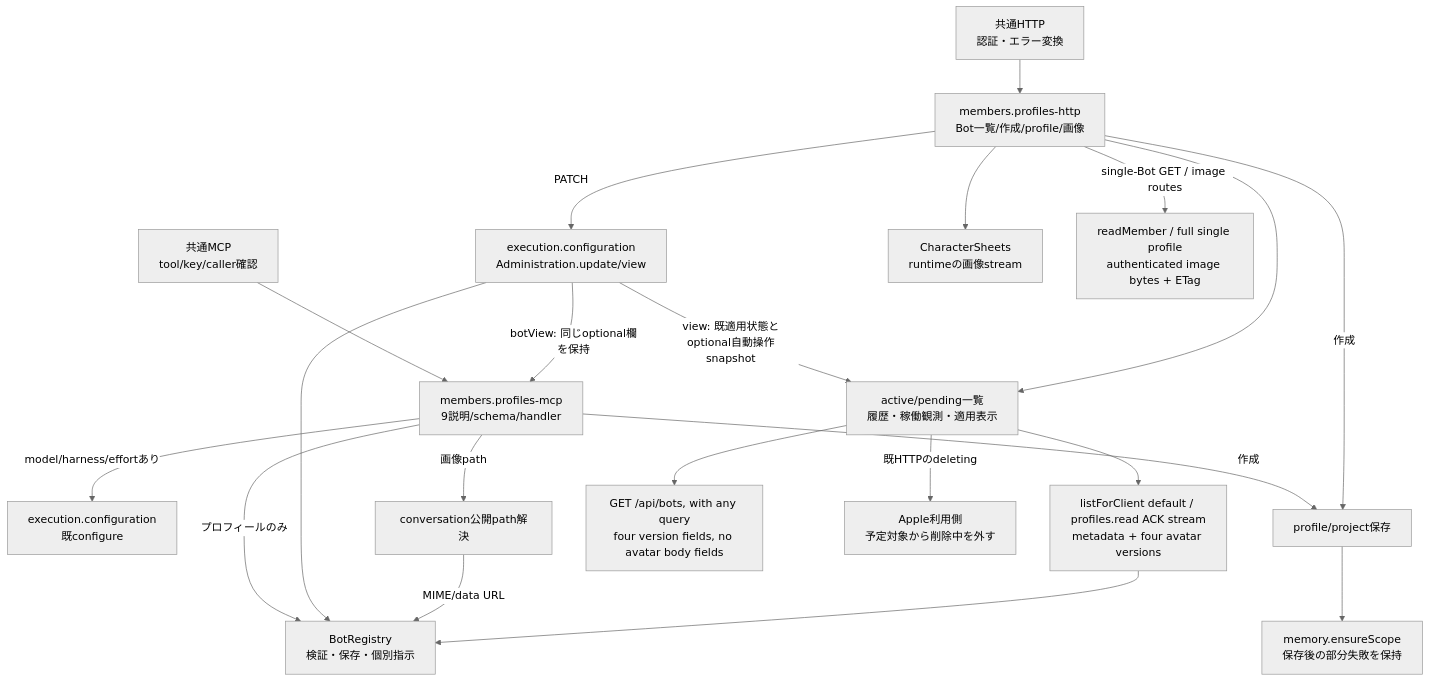
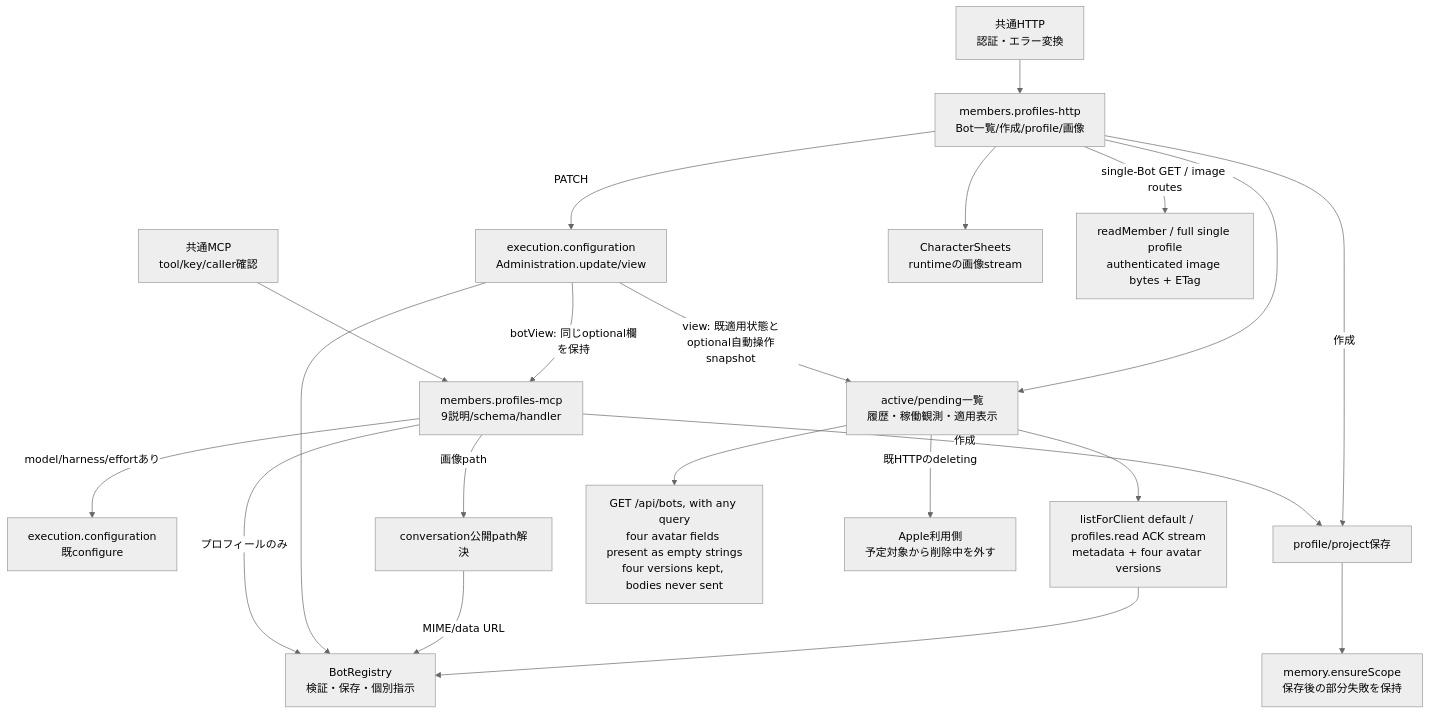
Before and after one commit to kitepon/BellTeam: the diagram in docs/architecture/modules/members/profiles.md, drawn with Mermaid (neutral theme). The commit also changed other lines of this file and 5 other files, not shown here.

Commit message:
fix(members): preserve empty avatar keys in bot lists

````diff
--- a/docs/architecture/modules/members/profiles.md
+++ b/docs/architecture/modules/members/profiles.md
@@ -5,23 +5,23 @@
 ```mermaid
 flowchart TD
   Mcp["共通MCP<br/>tool/key/caller確認"] --> Tools["members.profiles-mcp<br/>9説明/schema/handler"]
   Http["共通HTTP<br/>認証・エラー変換"] --> Profile["members.profiles-http<br/>Bot一覧/作成/profile/画像"]
   Tools -->|"プロフィールのみ"| Registry["BotRegistry<br/>検証・保存・個別指示"]
   Tools -->|"model/harness/effortあり"| Configure["execution.configuration<br/>既configure"]
   Profile -->|"PATCH"| Admin["execution.configuration<br/>Administration.update/view"]
   Admin --> Registry
   Admin -->|"view: 既適用状態とoptional自動操作snapshot"| Listing
   Admin -->|"botView: 同じoptional欄を保持"| Tools
   Tools -->|"画像path"| Image["conversation公開path解決"]
   Image -->|"MIME/data URL"| Registry
   Tools -->|"作成"| Create["profile/project保存"]
   Profile -->|"作成"| Create
   Create --> Memory["memory.ensureScope<br/>保存後の部分失敗を保持"]
   Profile --> Sheet["CharacterSheets<br/>runtimeの画像stream"]
   Listing --> Snapshot["listForClient default / profiles.read ACK stream<br/>metadata + four avatar versions"]
   Snapshot --> Registry
   Profile --> Listing["active/pending一覧<br/>履歴・稼働観測・適用表示"]
-  Listing --> Wire["GET /api/bots, with any query<br/>four version fields, no avatar body fields"]
+  Listing --> Wire["GET /api/bots, with any query<br/>four avatar fields present as empty strings<br/>four versions kept, bodies never sent"]
   Profile -->|"single-Bot GET / image routes"| Detail["readMember / full single profile<br/>authenticated image bytes + ETag"]
   Listing -->|"既HTTPのdeleting"| Apple["Apple利用側<br/>予定対象から削除中を外す"]
 ```
````
